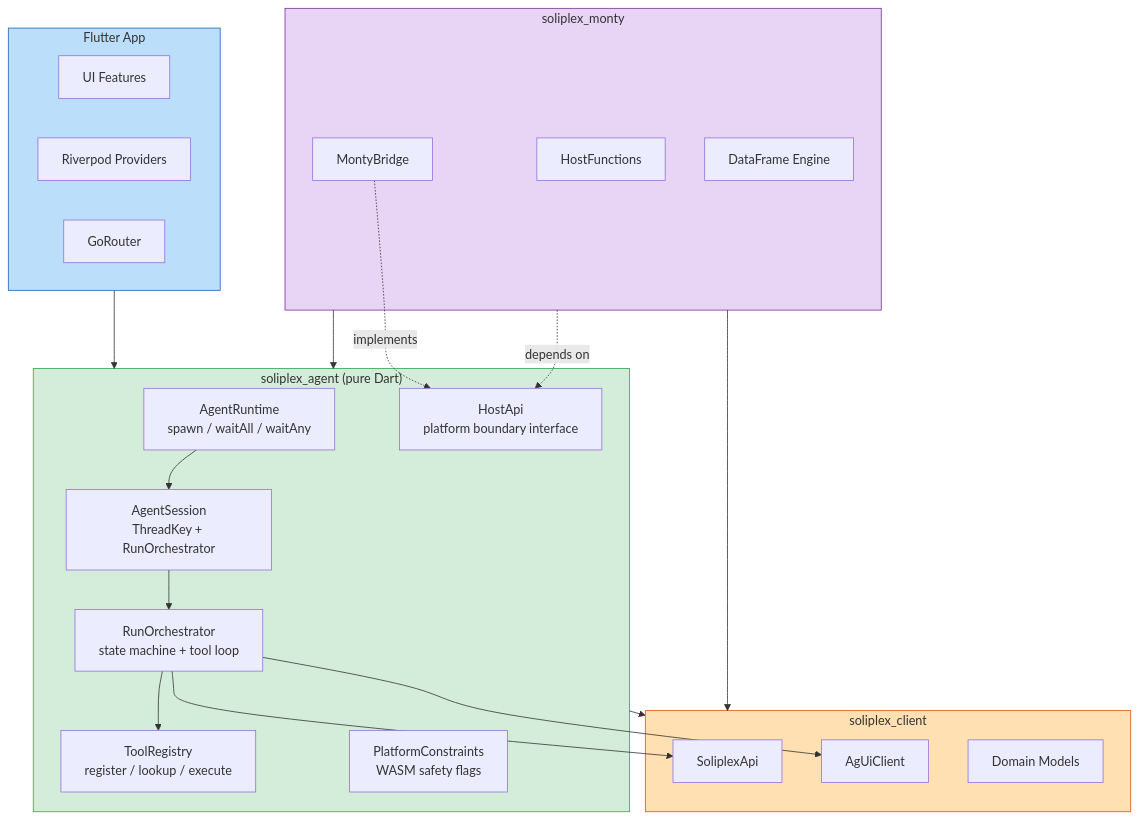
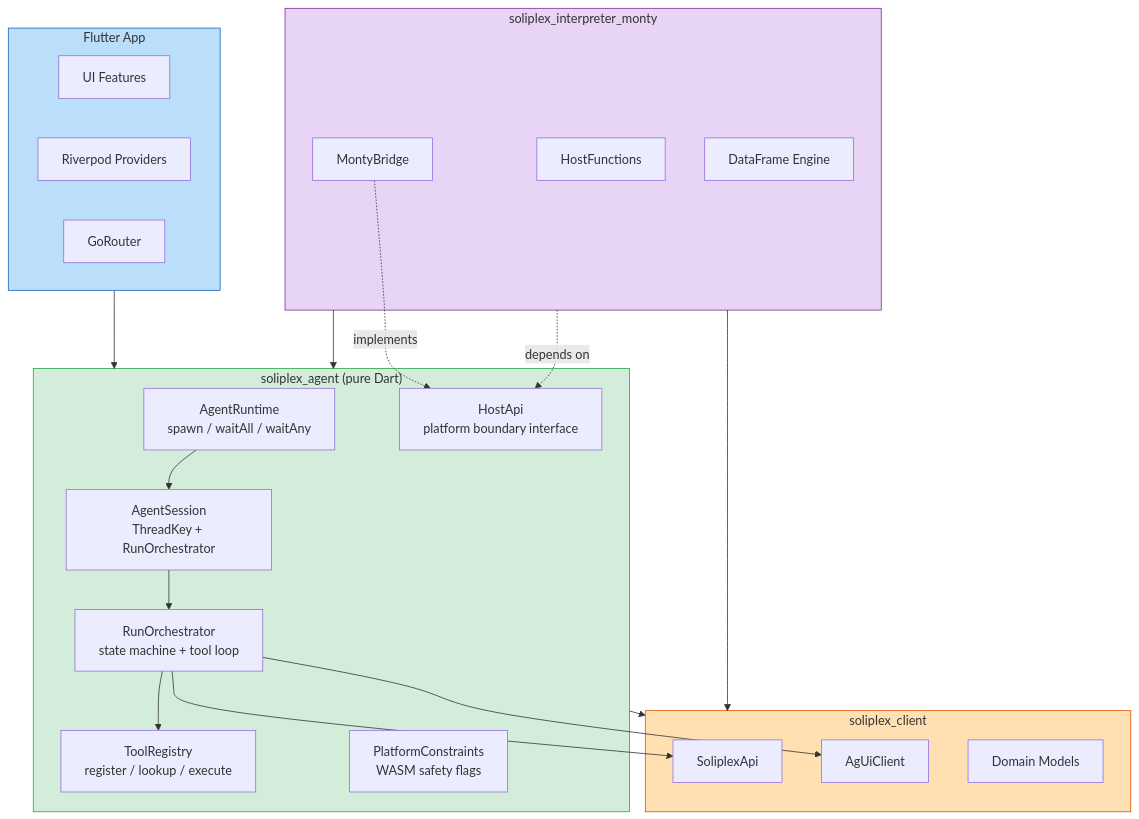
One commit to runyaga/flutter changed the first of 5 diagrams in docs/design/diagrams.md. Above: the diagram before and after it, drawn with Mermaid. The commit also changed 4 other files, not shown here.

First line of the commit message:
docs(audit): rename soliplex_monty to soliplex_interpreter_monty

````diff
--- a/docs/design/diagrams.md
+++ b/docs/design/diagrams.md
@@ -5,46 +5,46 @@
 ```mermaid
 graph TD
     subgraph FlutterApp["Flutter App"]
         UI["UI Features"]
         Providers["Riverpod Providers"]
         Router["GoRouter"]
     end
 
     subgraph Agent["soliplex_agent (pure Dart)"]
         Runtime["AgentRuntime<br/>spawn / waitAll / waitAny"]
         Session["AgentSession<br/>ThreadKey + RunOrchestrator"]
         Orchestrator["RunOrchestrator<br/>state machine + tool loop"]
         Registry["ToolRegistry<br/>register / lookup / execute"]
         HostApi["HostApi<br/>platform boundary interface"]
         Constraints["PlatformConstraints<br/>WASM safety flags"]
     end
 
-    subgraph Monty["soliplex_monty"]
+    subgraph Monty["soliplex_interpreter_monty"]
         Bridge["MontyBridge"]
         HostFns["HostFunctions"]
         DataFrame["DataFrame Engine"]
     end
 
     subgraph Client["soliplex_client"]
         Api["SoliplexApi"]
         AgUi["AgUiClient"]
         Domain["Domain Models"]
     end
 
     FlutterApp --> Agent
     Agent --> Client
     Monty --> Agent
     Monty --> Client
     Runtime --> Session
     Session --> Orchestrator
     Orchestrator --> Registry
     Orchestrator --> Api
     Orchestrator --> AgUi
     Bridge -.->|implements| HostApi
     Monty -.->|depends on| HostApi
 
     style Agent fill:#d4edda,stroke:#28a745
     style Monty fill:#e8d5f5,stroke:#7b2d8e
     style Client fill:#ffe0b2,stroke:#e65100
     style FlutterApp fill:#bbdefb,stroke:#1565c0
 ```
````
